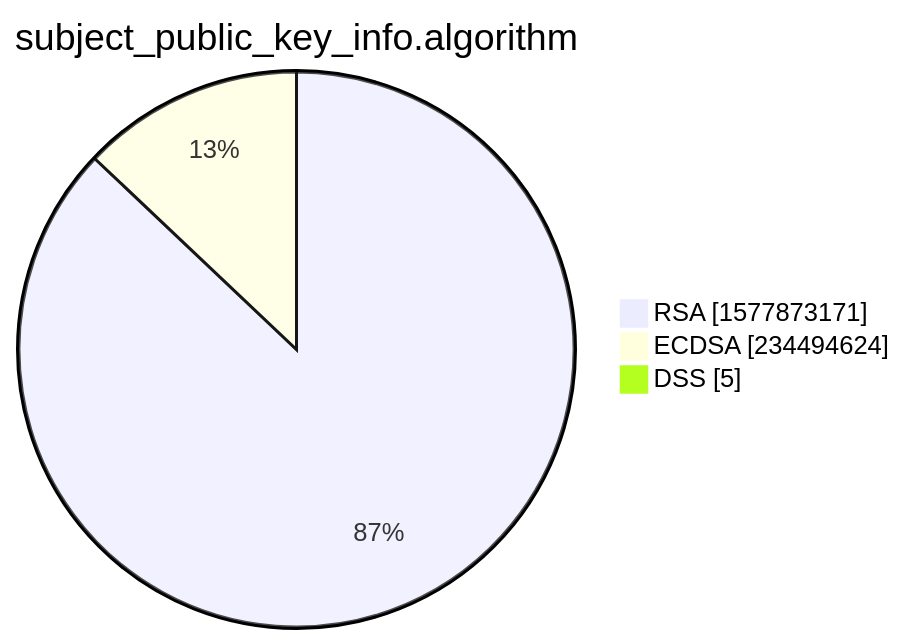
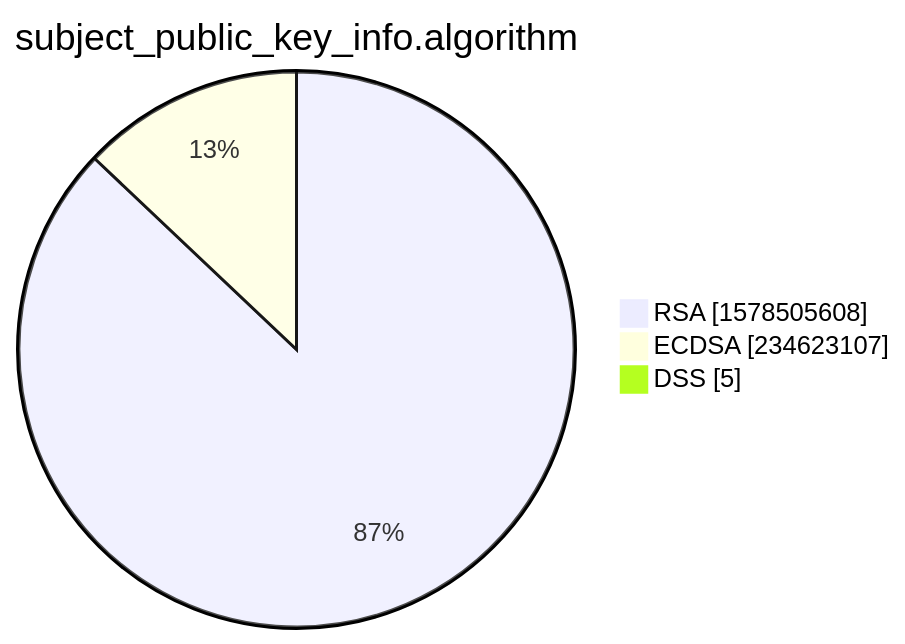
The third of 15 diagrams in xenon2022/README.md (christiankrug/ctmonitor_visualization), drawn with Mermaid before and after one commit. The commit also changed other lines of this file, not shown here.

````diff
--- a/xenon2022/README.md
+++ b/xenon2022/README.md
@@ -14,7 +14,7 @@
 ```mermaid
 pie showData
 title subject_public_key_info.algorithm
-"RSA" :1577873171
-"ECDSA" :234494624
+"RSA" :1578505608
+"ECDSA" :234623107
 "DSS" :5
 ```
````
